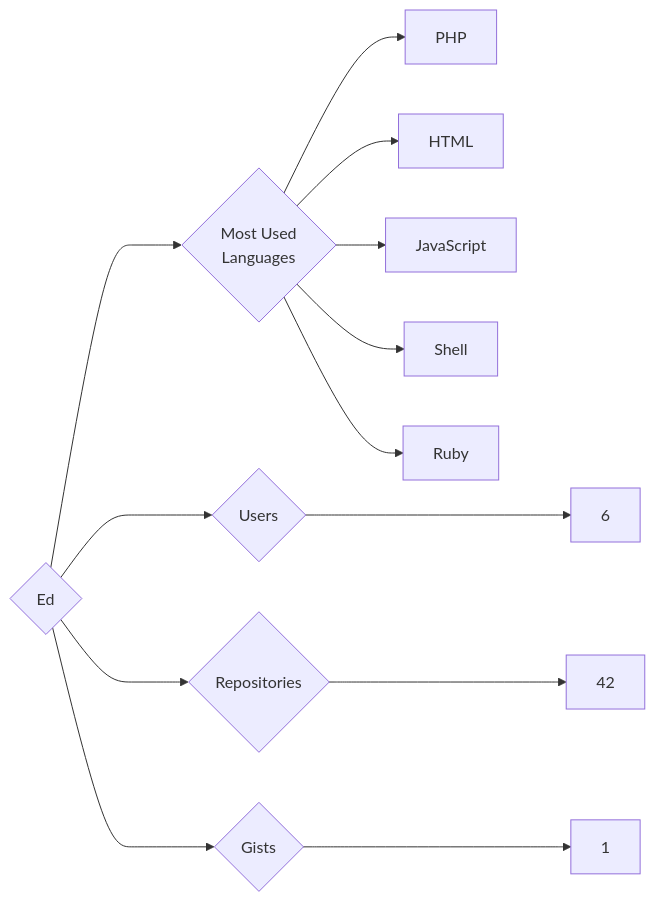
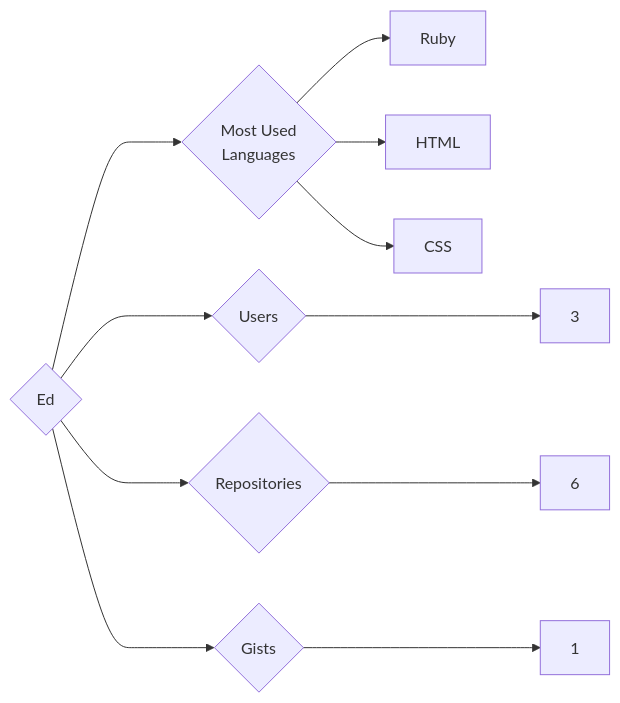
One commit to trickest/insiders changed the diagram in targets/Ed/README.md. Above: the diagram before and after it, drawn with Mermaid. The commit also changed 1166 other files, not shown here.

````diff
--- a/targets/Ed/README.md
+++ b/targets/Ed/README.md
@@ -3,13 +3,11 @@
 ```mermaid
 graph LR
 COMPANY_NAME{Ed}
-COMPANY_NAME ---> U{Users} ---> UN[6]
-COMPANY_NAME ---> R{Repositories} ---> RN[42]
+COMPANY_NAME ---> U{Users} ---> UN[3]
+COMPANY_NAME ---> R{Repositories} ---> RN[6]
 COMPANY_NAME ---> G{Gists} ---> GN[1]
 COMPANY_NAME ---> ML{Most Used<br>Languages}
-ML --> PHP[PHP]
+ML --> Ruby[Ruby]
 ML --> HTML[HTML]
-ML --> JavaScript[JavaScript]
-ML --> Shell[Shell]
-ML --> Ruby[Ruby]
+ML --> CSS[CSS]
 ```
````
